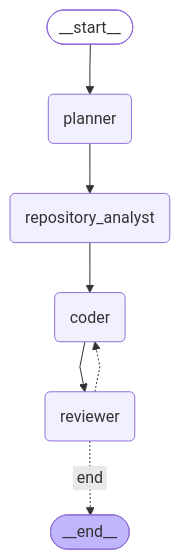
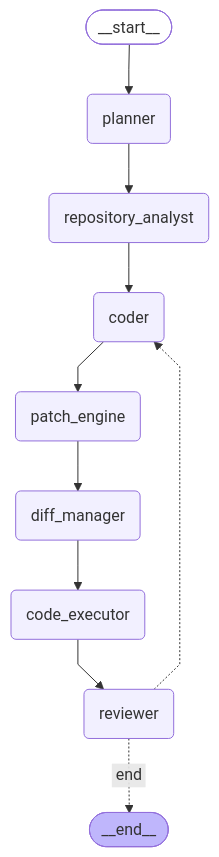
The diagram in devpilot_graph.mmd (SonuSk584/DevPilot), drawn with Mermaid before and after one commit. The commit also changed 13 other files, not shown here.

```diff
--- a/devpilot_graph.mmd
+++ b/devpilot_graph.mmd
@@ -1,21 +1,27 @@
 ---
 config:
   flowchart:
     curve: linear
 ---
 graph TD;
 	__start__([<p>__start__</p>]):::first
 	planner(planner)
 	repository_analyst(repository_analyst)
 	coder(coder)
+	patch_engine(patch_engine)
+	diff_manager(diff_manager)
+	code_executor(code_executor)
 	reviewer(reviewer)
 	__end__([<p>__end__</p>]):::last
 	__start__ --> planner;
-	coder --> reviewer;
+	code_executor --> reviewer;
+	coder --> patch_engine;
+	diff_manager --> code_executor;
+	patch_engine --> diff_manager;
 	planner --> repository_analyst;
 	repository_analyst --> coder;
 	reviewer -. &nbsp;end&nbsp; .-> __end__;
 	reviewer -.-> coder;
 	classDef default fill:#f2f0ff,line-height:1.2
 	classDef first fill-opacity:0
 	classDef last fill:#bfb6fc
```
